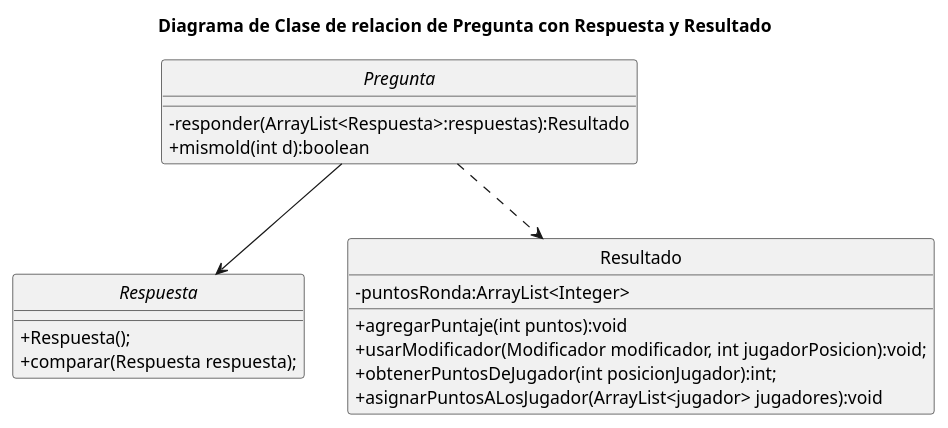
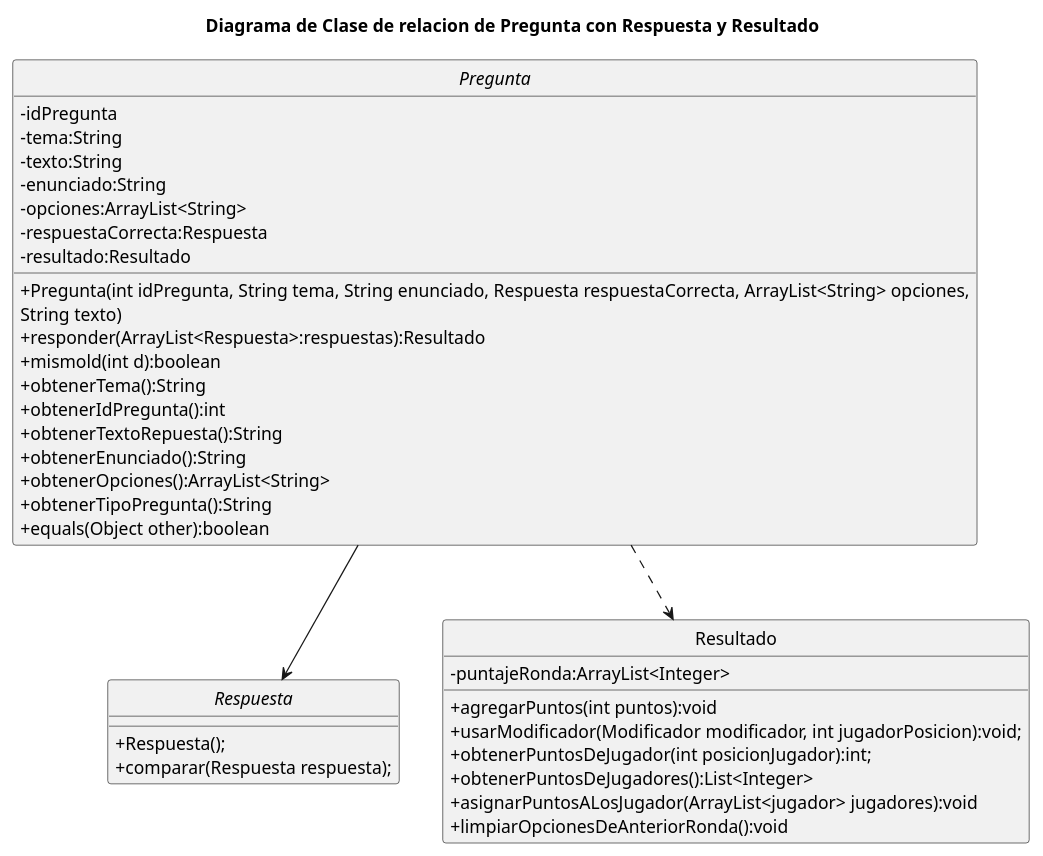
The diagram in diagrams/classes/entrega2/diagrmaClaseDePreguntaRespuesta.puml (gimnasialp/algo3_proyecto_base_tp2), drawn with PlantUML before and after one commit. The commit also changed 10 other files, not shown here.

```diff
--- a/diagrams/classes/entrega2/diagrmaClaseDePreguntaRespuesta.puml
+++ b/diagrams/classes/entrega2/diagrmaClaseDePreguntaRespuesta.puml
@@ -1,28 +1,46 @@
 @startuml
 'https://plantuml.com/class-diagram
 
 title Diagrama de Clase de relacion de Pregunta con Respuesta y Resultado
 skinparam monochrome true
 hide circle
 skinparam classAttributeIconSize 0
 abstract class Pregunta{
-    -responder(ArrayList<Respuesta>:respuestas):Resultado
+    -idPregunta
+    -tema:String
+    -texto:String
+    -enunciado:String
+    -opciones:ArrayList<String>
+    -respuestaCorrecta:Respuesta
+    -resultado:Resultado
+    +Pregunta(int idPregunta, String tema, String enunciado, Respuesta respuestaCorrecta, ArrayList<String> opciones,
+                            String texto)
+    +responder(ArrayList<Respuesta>:respuestas):Resultado
     +mismold(int d):boolean
+    +obtenerTema():String
+    +obtenerIdPregunta():int
+    +obtenerTextoRepuesta():String
+    +obtenerEnunciado():String
+    +obtenerOpciones():ArrayList<String>
+    +obtenerTipoPregunta():String
+    +equals(Object other):boolean
 }
 interface Respuesta{
     +Respuesta();
     +comparar(Respuesta respuesta);
 
 }
 class Resultado{
-    -puntosRonda:ArrayList<Integer>
-    +agregarPuntaje(int puntos):void
+    -puntajeRonda:ArrayList<Integer>
+    +agregarPuntos(int puntos):void
     +usarModificador(Modificador modificador, int jugadorPosicion):void;
     +obtenerPuntosDeJugador(int posicionJugador):int;
+    +obtenerPuntosDeJugadores():List<Integer>
     +asignarPuntosALosJugador(ArrayList<jugador> jugadores):void
+    +limpiarOpcionesDeAnteriorRonda():void
 }
 Pregunta --> Respuesta
 Pregunta ..> Resultado
 
 
 @enduml
```
